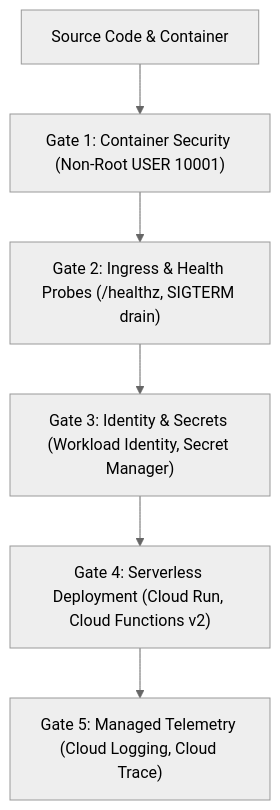
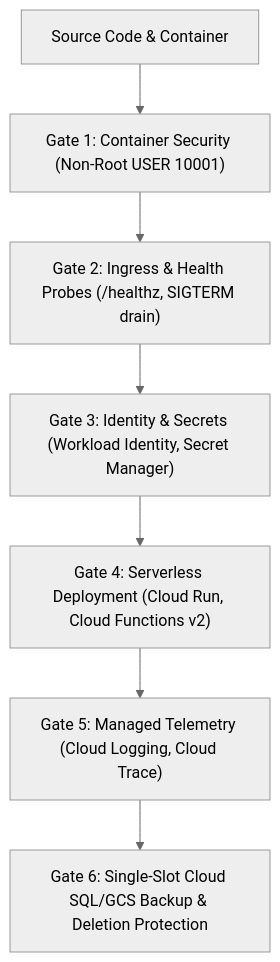
The diagram in skills/gcp/SKILL.md (darknecrocities/SkillBuilder), drawn with Mermaid (neutral theme) before and after one commit. The commit also changed other lines of this file and 19 other files, not shown here.

First line of the commit message:
feat(storage): add single-slot sha256 deduplicated backups & sensitive deletion gate

````diff
--- a/skills/gcp/SKILL.md
+++ b/skills/gcp/SKILL.md
@@ -16,8 +16,9 @@
 ```mermaid
 flowchart TD
     A["Source Code & Container"] --> B["Gate 1: Container Security (Non-Root USER 10001)"]
     B --> C["Gate 2: Ingress & Health Probes (/healthz, SIGTERM drain)"]
     C --> D["Gate 3: Identity & Secrets (Workload Identity, Secret Manager)"]
     D --> E["Gate 4: Serverless Deployment (Cloud Run, Cloud Functions v2)"]
     E --> F["Gate 5: Managed Telemetry (Cloud Logging, Cloud Trace)"]
+    F --> G["Gate 6: Single-Slot Cloud SQL/GCS Backup & Deletion Protection"]
 ```
````
